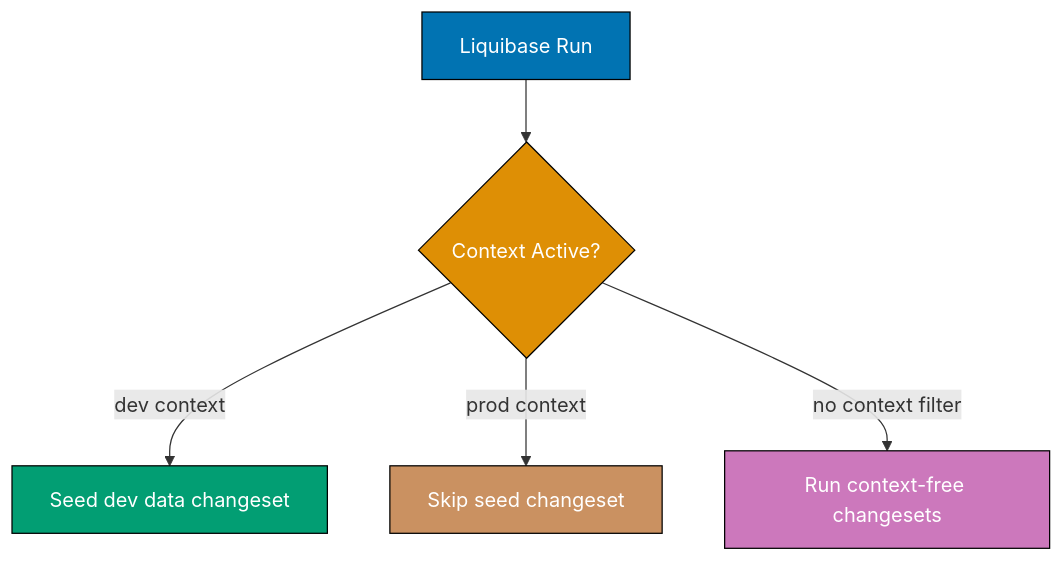
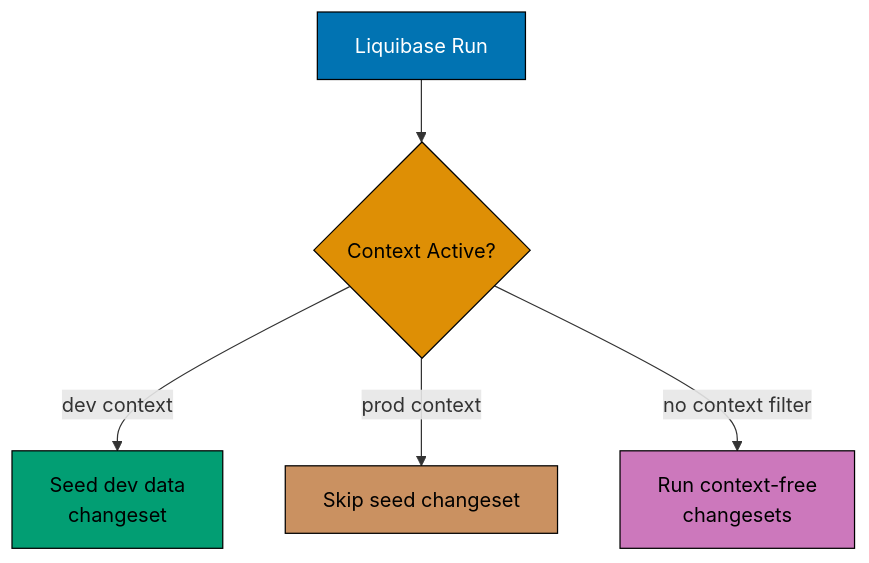
One commit to wahidyankf/ose-public changed the first of 5 diagrams in apps/ayokoding-www/content/en/learn/legacy/software-engineering/data/tools/java-liquibase/by-example/intermediate.md. Above: the diagram before and after it, drawn with Mermaid. The commit also changed other lines of this file and 131 other files, not shown here.

First line of the commit message:
fix(mermaid): bring the legacy data, infrastructure, and testing diagrams onto the accessible palette

````diff
--- a/apps/ayokoding-www/content/en/learn/legacy/software-engineering/data/tools/java-liquibase/by-example/intermediate.md
+++ b/apps/ayokoding-www/content/en/learn/legacy/software-engineering/data/tools/java-liquibase/by-example/intermediate.md
@@ -19,14 +19,22 @@
 ```mermaid
 %% Color Palette: Blue #0173B2, Orange #DE8F05, Teal #029E73, Purple #CC78BC, Brown #CA9161
 graph TD
+    accTitle: Example 31: Contexts for Environment-Specific Changes
+    accDescr: Graph with 5 nodes and 4 connections. Nodes: Liquibase Run, Context Active?, Seed dev data changeset, Skip seed changeset, Run context-free changesets. Connections: Liquibase Run to Context Active?, Context Active? to Seed dev data changeset (dev context), Context Active? to Skip seed changeset (prod context), Context Active? to Run context-free changesets (no context filter).
     A[Liquibase Run] --> B{Context Active?}
-    B -->|dev context| C[Seed dev data changeset]
+    B -->|dev context| C[Seed dev data<br/>changeset]
     B -->|prod context| D[Skip seed changeset]
-    B -->|no context filter| E[Run context-free changesets]
+    B -->|no context filter| E[Run context-free<br/>changesets]
 
-    style A fill:#0173B2,stroke:#000,color:#fff
-    style B fill:#DE8F05,stroke:#000,color:#fff
-    style C fill:#029E73,stroke:#000,color:#fff
-    style D fill:#CA9161,stroke:#000,color:#fff
-    style E fill:#CC78BC,stroke:#000,color:#fff
+    classDef pal-0173B2 fill:#0173B2,stroke:#000000,color:#FFFFFF
+    class A pal-0173B2
+    classDef pal-DE8F05 fill:#DE8F05,stroke:#000000,color:#000000
+    class B pal-DE8F05
+    classDef pal-029E73 fill:#029E73,stroke:#000000,color:#000000
+    class C pal-029E73
+    classDef pal-CA9161 fill:#CA9161,stroke:#000000,color:#000000
+    class D pal-CA9161
+    classDef pal-CC78BC fill:#CC78BC,stroke:#000000,color:#000000
+    class E pal-CC78BC
+    classDef default fill:#FFFFFF,stroke:#000000,color:#000000
 ```
````
